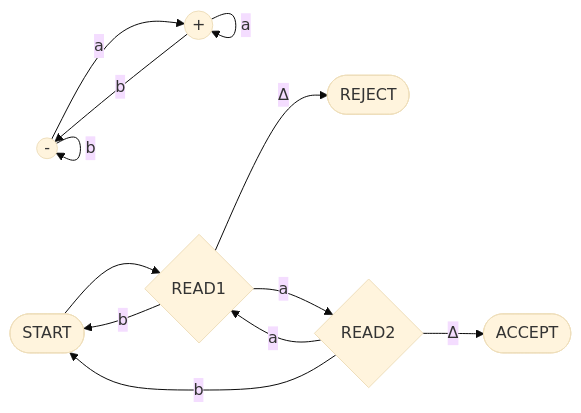
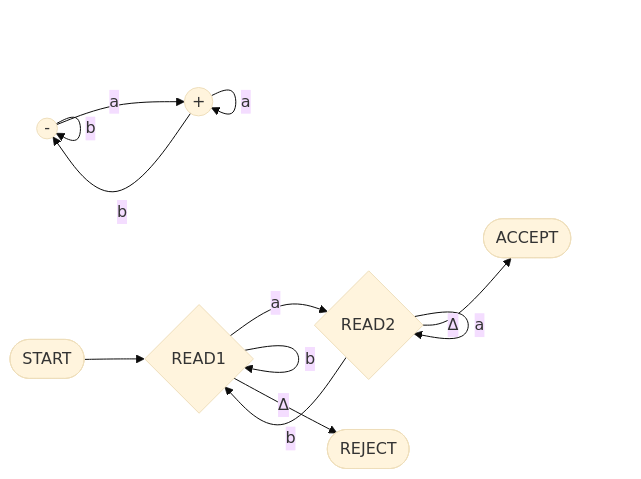
One commit to ufidon/ct changed the first of 13 diagrams in mod2/pda.md. Above: the diagram before and after it, drawn with Mermaid (base theme). The commit also changed other lines of this file and 2 other files, not shown here.

````diff
--- a/mod2/pda.md
+++ b/mod2/pda.md
@@ -40,22 +40,22 @@
 ```mermaid
 flowchart LR
   p1(("-"))
   p2(("+"))
   p1-->|b|p1
   p1-->|a|p2
   p2-->|b|p1
   p2-->|a|p2
 
   s(["START"])
   r1{"READ1"}
   r2{"READ2"}
   rj(["REJECT"])
   ac(["ACCEPT"])
   s-->r1
   r1-->|a|r2
-  r1-->|b|s
-  r2-->|a|r1
-  r2-->|b|s
+  r1-->|b|r1
+  r2-->|a|r2
+  r2-->|b|r1
   r1-->|Δ|rj
   r2-->|Δ|ac
 ```
````
